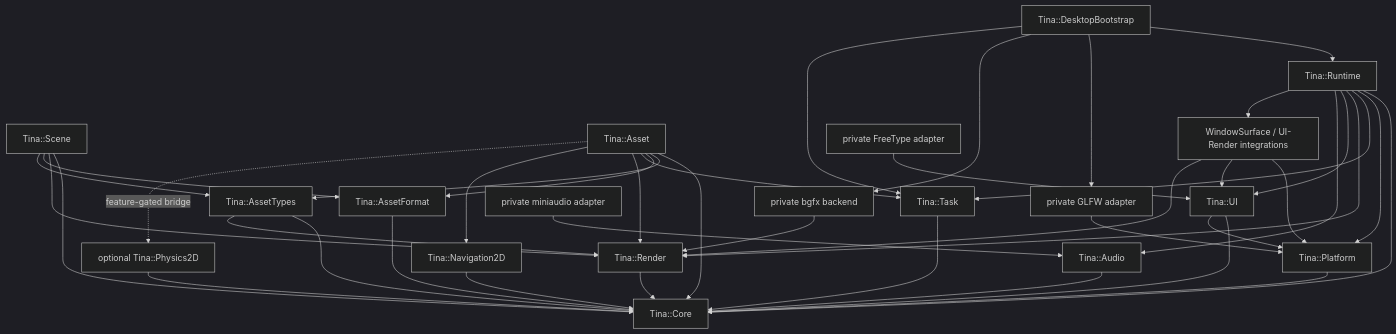
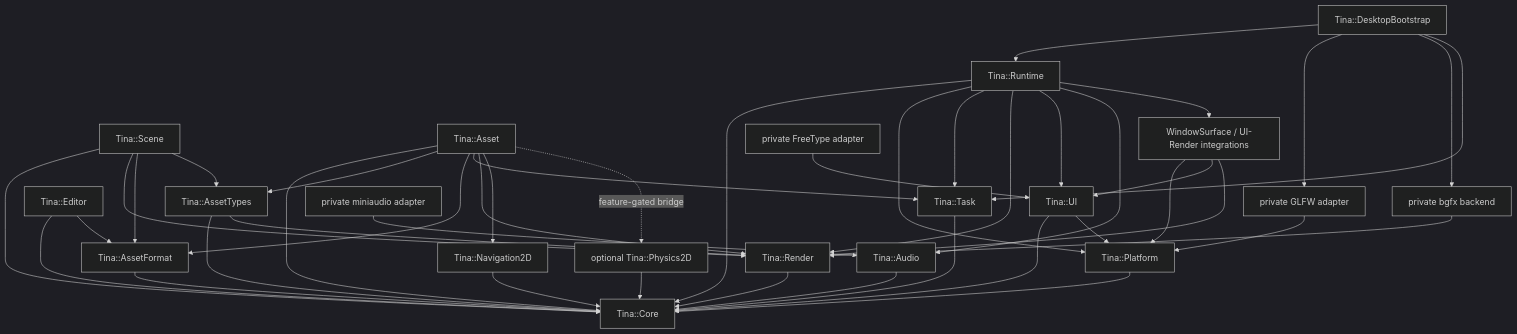
The diagram in docs/architecture.md (wuxianggujun/Tina), drawn with Mermaid (dark theme) before and after one commit. The commit also changed 19 other files, not shown here.

````diff
--- a/docs/architecture.md
+++ b/docs/architecture.md
@@ -20,44 +20,46 @@
 ```mermaid
 flowchart TD
     Core["Tina::Core"]
     Platform["Tina::Platform"] --> Core
     Task["Tina::Task"] --> Core
     Render["Tina::Render"] --> Core
     Audio["Tina::Audio"] --> Core
     AssetFormat["Tina::AssetFormat"] --> Core
+    Editor["Tina::Editor"] --> Core
+    Editor --> AssetFormat
     Navigation2D["Tina::Navigation2D"] --> Core
     UI["Tina::UI"] --> Core
     UI --> Platform
     Scene["Tina::Scene"] --> Core
     Scene --> Render
     Scene --> AssetFormat
     AssetTypes["Tina::AssetTypes"] --> Core
     AssetTypes --> Render
     Scene --> AssetTypes
     Asset["Tina::Asset"] --> Core
     Asset --> AssetTypes
     Asset --> AssetFormat
     Asset --> Task
     Asset --> Render
     Asset --> Navigation2D
     Runtime["Tina::Runtime"] --> Core
     Runtime --> Platform
     Runtime --> Task
     Runtime --> Render
     Runtime --> UI
     Runtime --> Audio
     Integrations["WindowSurface / UI-Render integrations"] --> Platform
     Integrations --> UI
     Integrations --> Render
     Runtime --> Integrations
     Desktop["Tina::DesktopBootstrap"] --> Runtime
     Glfw["private GLFW adapter"] --> Platform
     Bgfx["private bgfx backend"] --> Render
     FreeType["private FreeType adapter"] --> UI
     Miniaudio["private miniaudio adapter"] --> Audio
     Desktop --> Glfw
     Desktop --> Bgfx
     Desktop --> Task
     Physics2D["optional Tina::Physics2D"] --> Core
     Asset -. "feature-gated bridge" .-> Physics2D
 ```
````
